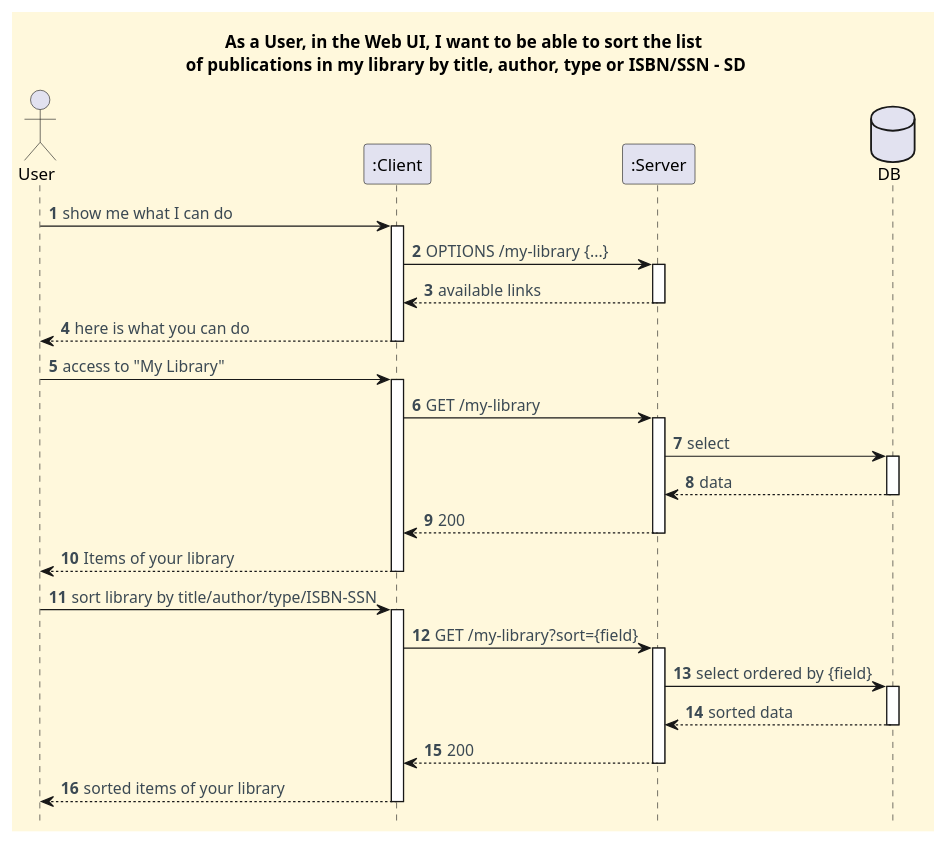
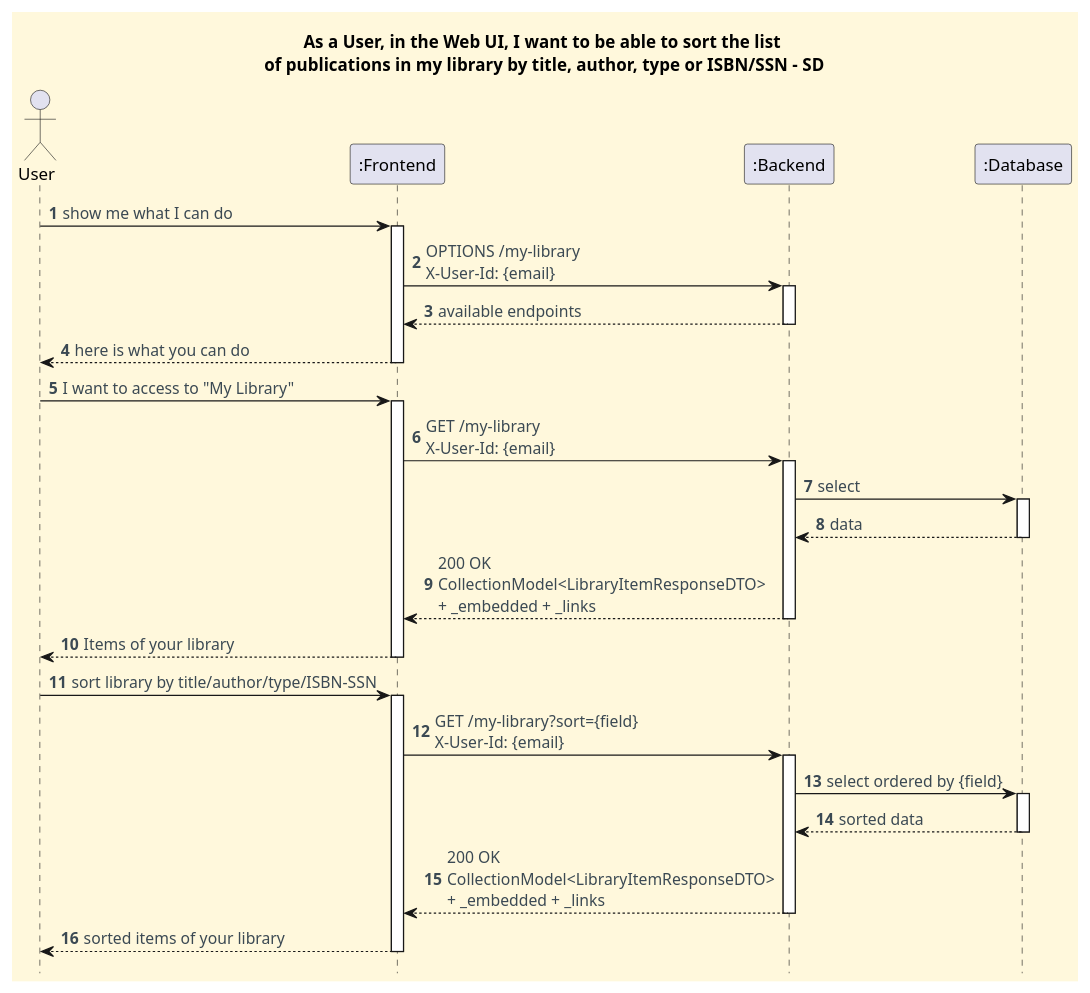
The diagram in docs/client-server-diagrams/sort-publications-in-library-by-title-author-type-or-isbn-issn/Process_View_SD.puml (CarolinaLeite-collab/JavaMarketplacePlatform), drawn with PlantUML before and after one commit. The commit also changed 4 other files, not shown here.

Commit message:
docs: align library sorting diagrams with implementation, refs #1139

```diff
--- a/docs/client-server-diagrams/sort-publications-in-library-by-title-author-type-or-isbn-issn/Process_View_SD.puml
+++ b/docs/client-server-diagrams/sort-publications-in-library-by-title-author-type-or-isbn-issn/Process_View_SD.puml
@@ -1,66 +1,66 @@
 @startuml
 '==== basic style ====
 hide stereotype
 skinparam monochrome false
 skinparam shadowing false
 skinparam defaultFontName Futura
 skinparam objectFontSize 20
 skinparam backgroundColor CornSilk
 skinparam objectBackgroundColor WhiteSmoke
 skinparam noteBackgroundColor #FFFFE0
 skinparam ArrowFontColor #3B4953
 skinparam ActivationBackgroundColor black
 hidefootbox
 
 autonumber
 
 title "As a User, in the Web UI, I want to be able to sort the list \nof publications in my library by title, author, type or ISBN/SSN - SD"
 
 ' --- Actor and participants ---
 
 actor User
-participant ":Client" as client
-participant ":Server" as server
-database "DB" as DB
+participant ":Frontend" as frontend
+participant ":Backend" as backend
+participant ":Database" as Database
 
-User -> client : show me what I can do
-activate client
-client -> server : OPTIONS /my-library {...}
-activate server
+User -> frontend : show me what I can do
+activate frontend
+frontend -> backend : OPTIONS /my-library\nX-User-Id: {email}
+activate backend
 
-server --> client : available links
-deactivate server
-client --> User : here is what you can do
-deactivate client
+backend --> frontend : available endpoints
+deactivate backend
+frontend --> User : here is what you can do
+deactivate frontend
 
-User -> client : access to "My Library"
-activate client
-client -> server : GET /my-library
-activate server
+User -> frontend : I want to access to "My Library"
+activate frontend
+frontend -> backend : GET /my-library\nX-User-Id: {email}
+activate backend
 
-server -> DB : select
-activate DB
-DB --> server : data
-deactivate DB
+backend -> Database : select
+activate Database
+Database --> backend : data
+deactivate Database
 
-server --> client : 200
-deactivate server
-client --> User : Items of your library
-deactivate client
+backend --> frontend : 200 OK\nCollectionModel<LibraryItemResponseDTO>\n+ _embedded + _links
+deactivate backend
+frontend --> User : Items of your library
+deactivate frontend
 
-User -> client : sort library by title/author/type/ISBN-SSN
-activate client
-client -> server : GET /my-library?sort={field}
-activate server
+User -> frontend : sort library by title/author/type/ISBN-SSN
+activate frontend
+frontend -> backend : GET /my-library?sort={field}\nX-User-Id: {email}
+activate backend
 
-server -> DB : select ordered by {field}
-activate DB
-DB --> server : sorted data
-deactivate DB
+backend -> Database : select ordered by {field}
+activate Database
+Database --> backend : sorted data
+deactivate Database
 
-server --> client : 200
-deactivate server
-client --> User : sorted items of your library
-deactivate client
+backend --> frontend : 200 OK\nCollectionModel<LibraryItemResponseDTO>\n+ _embedded + _links
+deactivate backend
+frontend --> User : sorted items of your library
+deactivate frontend
 
 @enduml
```
